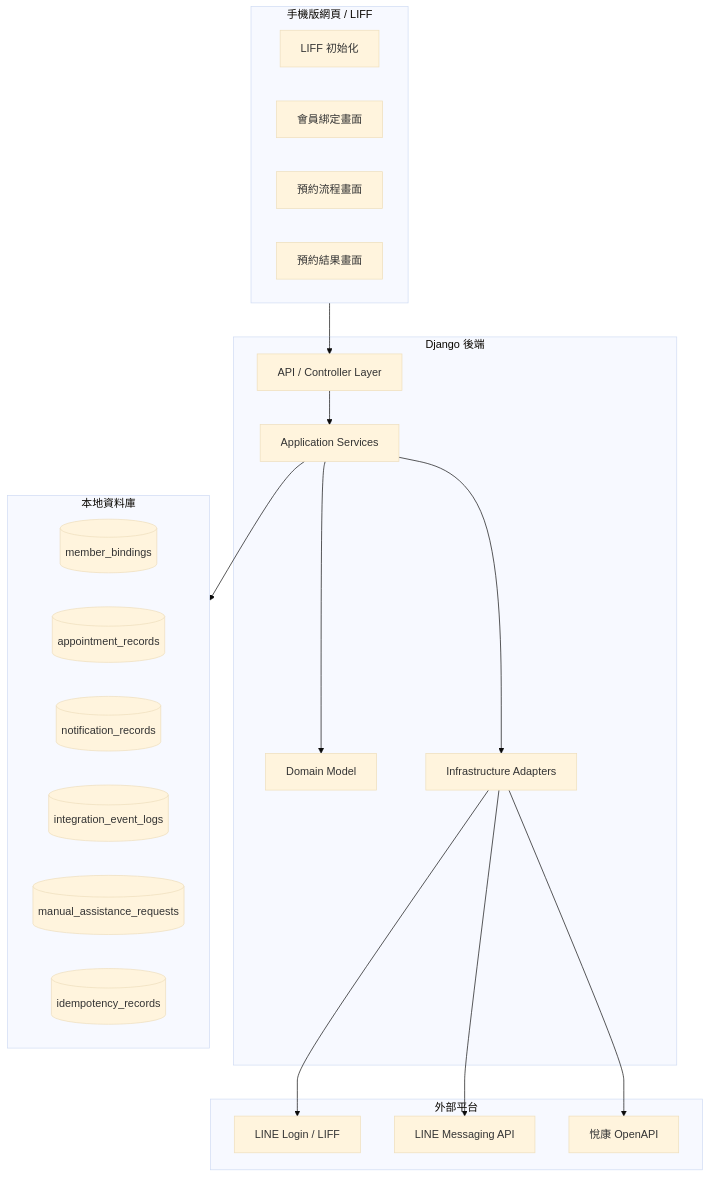
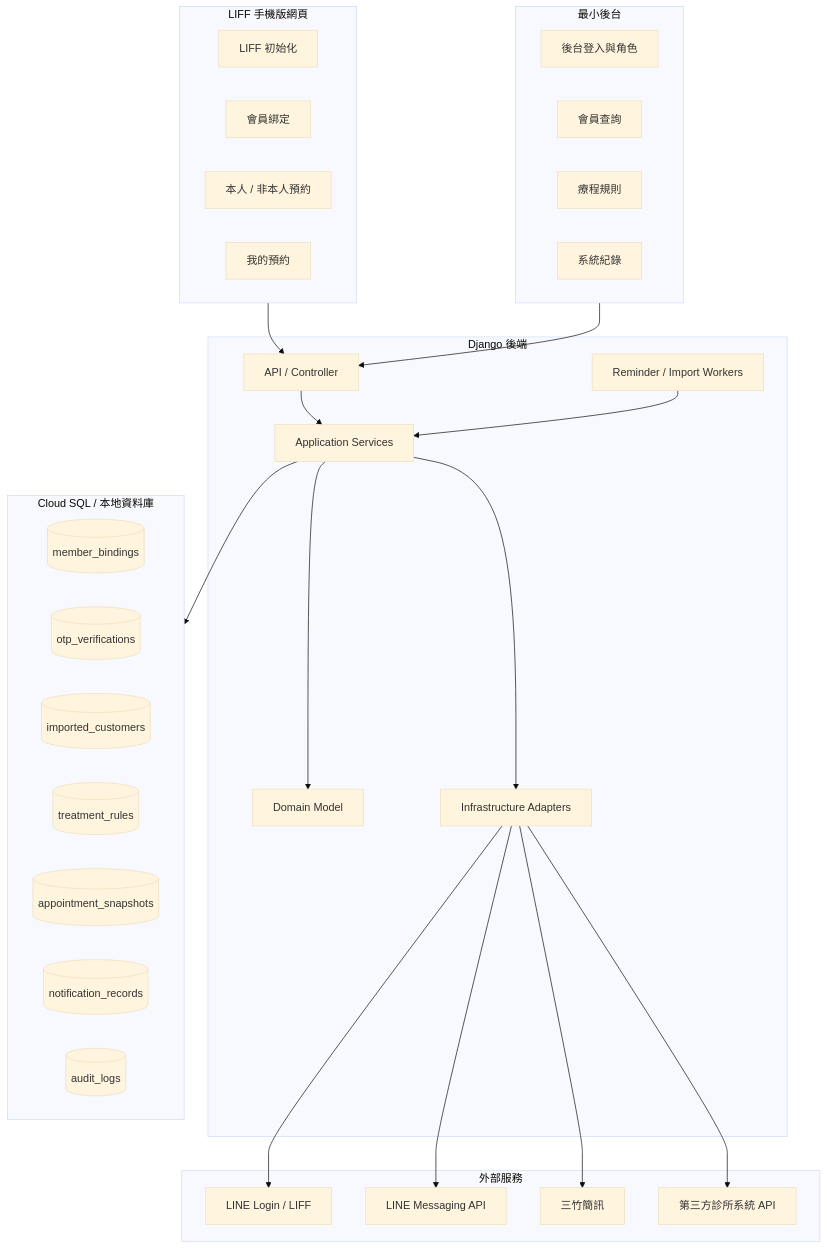
Before and after one commit to AlvinAYYE/case0003_temp: the first of 7 diagrams in docs/high-level-design.md, drawn with Mermaid (base theme). The commit also changed other lines of this file and 18 other files, not shown here.

````diff
--- a/docs/high-level-design.md
+++ b/docs/high-level-design.md
@@ -75,40 +77,53 @@
 ```mermaid
 flowchart TB
-    subgraph Client["手機版網頁 / LIFF"]
+    subgraph Client["LIFF 手機版網頁"]
         LiffBootstrap["LIFF 初始化"]
-        BindingView["會員綁定畫面"]
-        BookingView["預約流程畫面"]
-        ResultView["預約結果畫面"]
+        BindingFlow["會員綁定"]
+        BookingFlow["本人 / 非本人預約"]
+        MyAppointments["我的預約"]
+    end
+
+    subgraph BackOffice["最小後台"]
+        AdminAuth["後台登入與角色"]
+        MemberSearch["會員查詢"]
+        RuleEditor["療程規則"]
+        OpsLog["系統紀錄"]
     end
 
     subgraph Backend["Django 後端"]
-        ApiLayer["API / Controller Layer"]
-        AppLayer["Application Services"]
-        DomainLayer["Domain Model"]
-        InfraLayer["Infrastructure Adapters"]
+        ApiLayer["API / Controller"]
+        AppServices["Application Services"]
+        Domain["Domain Model"]
+        Adapters["Infrastructure Adapters"]
+        Workers["Reminder / Import Workers"]
     end
 
-    subgraph LocalStore["本地資料庫"]
+    subgraph Store["Cloud SQL / 本地資料庫"]
         Bindings[("member_bindings")]
-        Appointments[("appointment_records")]
+        Otp[("otp_verifications")]
+        Imported[("imported_customers")]
+        Rules[("treatment_rules")]
+        Snapshots[("appointment_snapshots")]
         Notifications[("notification_records")]
-        Events[("integration_event_logs")]
-        Assistance[("manual_assistance_requests")]
-        Idempotency[("idempotency_records")]
+        Audit[("audit_logs")]
     end
 
-    subgraph External["外部平台"]
+    subgraph External["外部服務"]
         LineLogin["LINE Login / LIFF"]
         LineMessaging["LINE Messaging API"]
-        Yuekang["悅康 OpenAPI"]
+        Sms["三竹簡訊"]
+        ClinicSystem["第三方診所系統 API"]
     end
 
     Client --> ApiLayer
-    ApiLayer --> AppLayer
-    AppLayer --> DomainLayer
-    AppLayer --> InfraLayer
-    InfraLayer --> Yuekang
-    InfraLayer --> LineLogin
-    InfraLayer --> LineMessaging
-    AppLayer --> LocalStore
+    BackOffice --> ApiLayer
+    ApiLayer --> AppServices
+    AppServices --> Domain
+    AppServices --> Adapters
+    Workers --> AppServices
+    AppServices --> Store
+    Adapters --> LineLogin
+    Adapters --> LineMessaging
+    Adapters --> Sms
+    Adapters --> ClinicSystem
 ```
````
